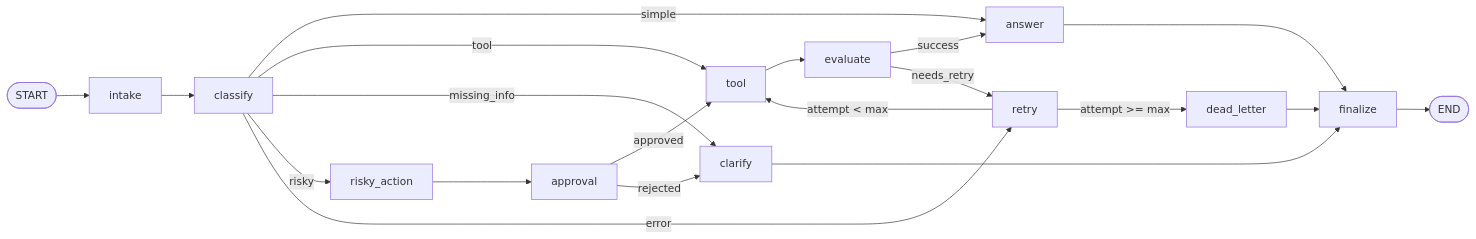
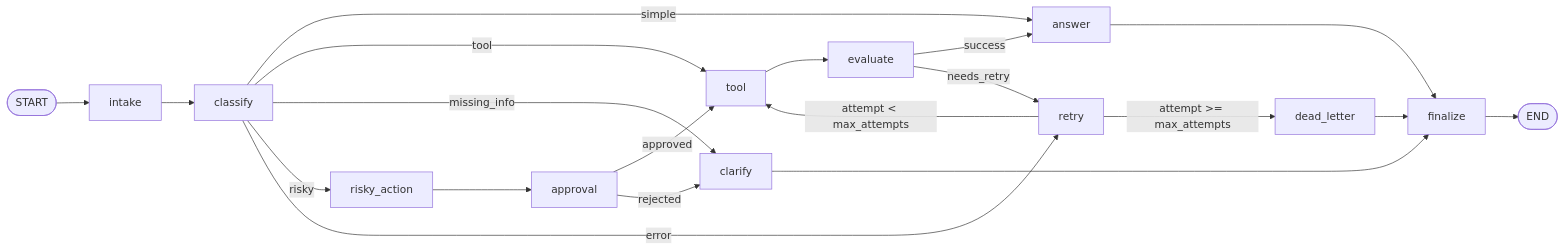
Before and after one commit to Zeustakeshi/Track3-DAY23-A1: the diagram in reports/lab_report.md, drawn with Mermaid. The commit also changed other lines of this file and 4 other files, not shown here.

````diff
--- a/reports/lab_report.md
+++ b/reports/lab_report.md
@@ -17,22 +24,22 @@
 ```mermaid
 flowchart LR
   START([START]) --> intake
   intake --> classify
   classify -->|simple| answer
   classify -->|tool| tool
   classify -->|missing_info| clarify
   classify -->|risky| risky_action
   classify -->|error| retry
   risky_action --> approval
   approval -->|approved| tool
   approval -->|rejected| clarify
   tool --> evaluate
   evaluate -->|success| answer
   evaluate -->|needs_retry| retry
-  retry -->|attempt < max| tool
-  retry -->|attempt >= max| dead_letter
+  retry -->|attempt < max_attempts| tool
+  retry -->|attempt >= max_attempts| dead_letter
   answer --> finalize
   clarify --> finalize
   dead_letter --> finalize
   finalize --> END([END])
 ```
````
